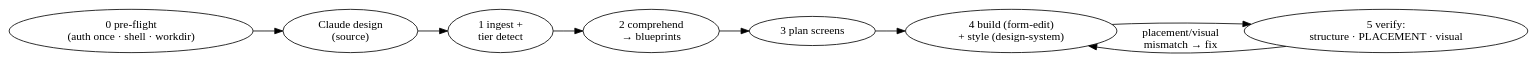
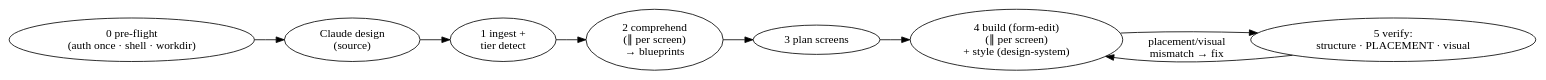
One commit to lethabomaepa11/shesha-plugins changed the diagram in plugins/shesha-developer/skills/shesha-claude-designer/SKILL.md. Above: the diagram before and after it, drawn with Graphviz. The commit also changed other lines of this file and 5 other files, not shown here.

````diff
--- a/plugins/shesha-developer/skills/shesha-claude-designer/SKILL.md
+++ b/plugins/shesha-developer/skills/shesha-claude-designer/SKILL.md
@@ -12,13 +12,13 @@
 ```dot
 digraph { rankdir=LR;
   pre [label="0 pre-flight\n(auth once · shell · workdir)"];
   d [label="Claude design\n(source)"];
   ingest [label="1 ingest +\ntier detect"];
-  comp [label="2 comprehend\n→ blueprints"];
+  comp [label="2 comprehend\n(∥ per screen)\n→ blueprints"];
   plan [label="3 plan screens"];
-  build [label="4 build (form-edit)\n+ style (design-system)"];
+  build [label="4 build (form-edit)\n(∥ per screen)\n+ style (design-system)"];
   verify [label="5 verify:\nstructure · PLACEMENT · visual"];
   pre -> d -> ingest -> comp -> plan -> build -> verify;
   verify -> build [label="placement/visual\nmismatch → fix"];
 }
 ```
````
